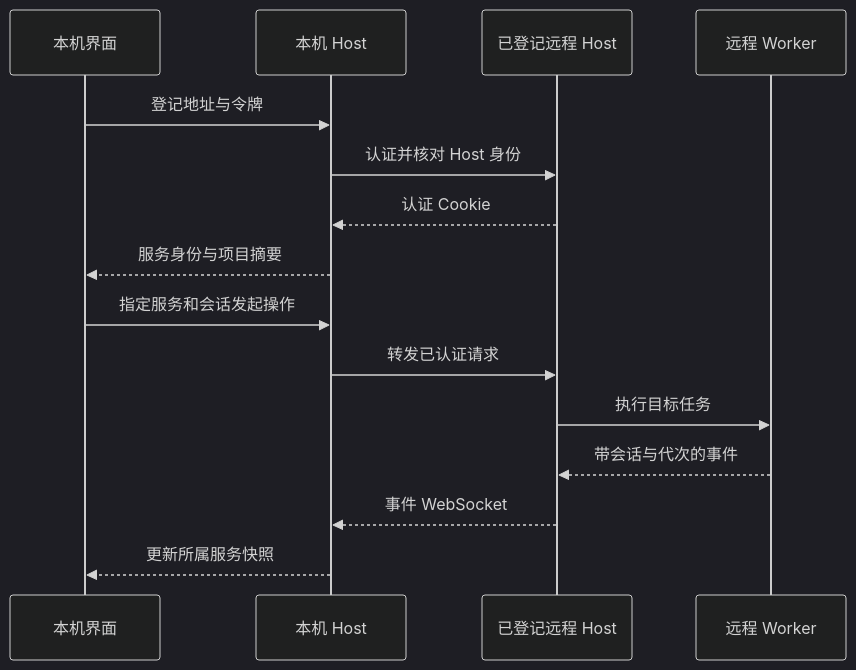
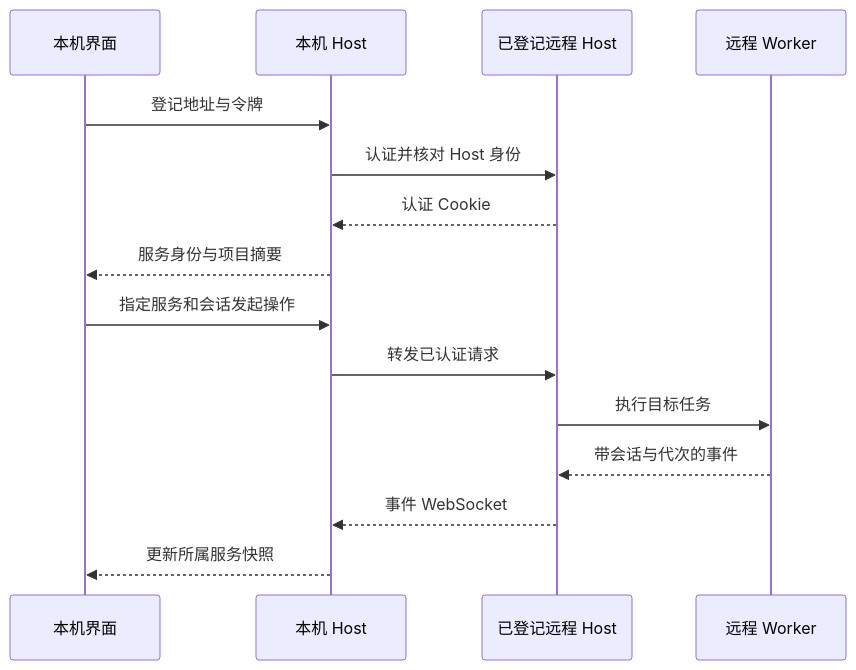
The diagram in docs/remote.md (xidongdong-153/Pi-meme), drawn with Mermaid before and after one commit. The commit also changed other lines of this file and 76 other files, not shown here.

````diff
--- a/docs/remote.md
+++ b/docs/remote.md
@@ -91,18 +91,17 @@
 ```mermaid
-%%{init: {"theme": "dark"}}%%
 sequenceDiagram
   participant UI as 本机界面
   participant Local as 本机 Host
   participant Remote as 已登记远程 Host
   participant Worker as 远程 Worker
   UI->>Local: 登记地址与令牌
   Local->>Remote: 认证并核对 Host 身份
   Remote-->>Local: 认证 Cookie
   Local-->>UI: 服务身份与项目摘要
   UI->>Local: 指定服务和会话发起操作
   Local->>Remote: 转发已认证请求
   Remote->>Worker: 执行目标任务
   Worker-->>Remote: 带会话与代次的事件
   Remote-->>Local: 事件 WebSocket
   Local-->>UI: 更新所属服务快照
 ```
````
